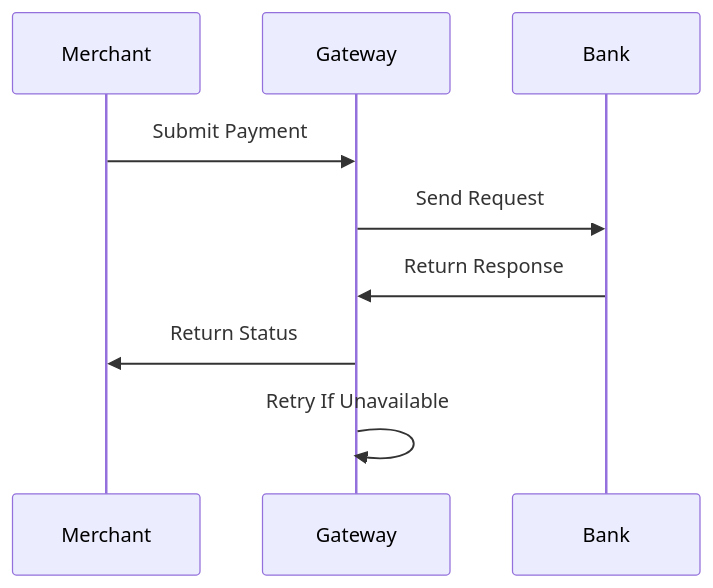
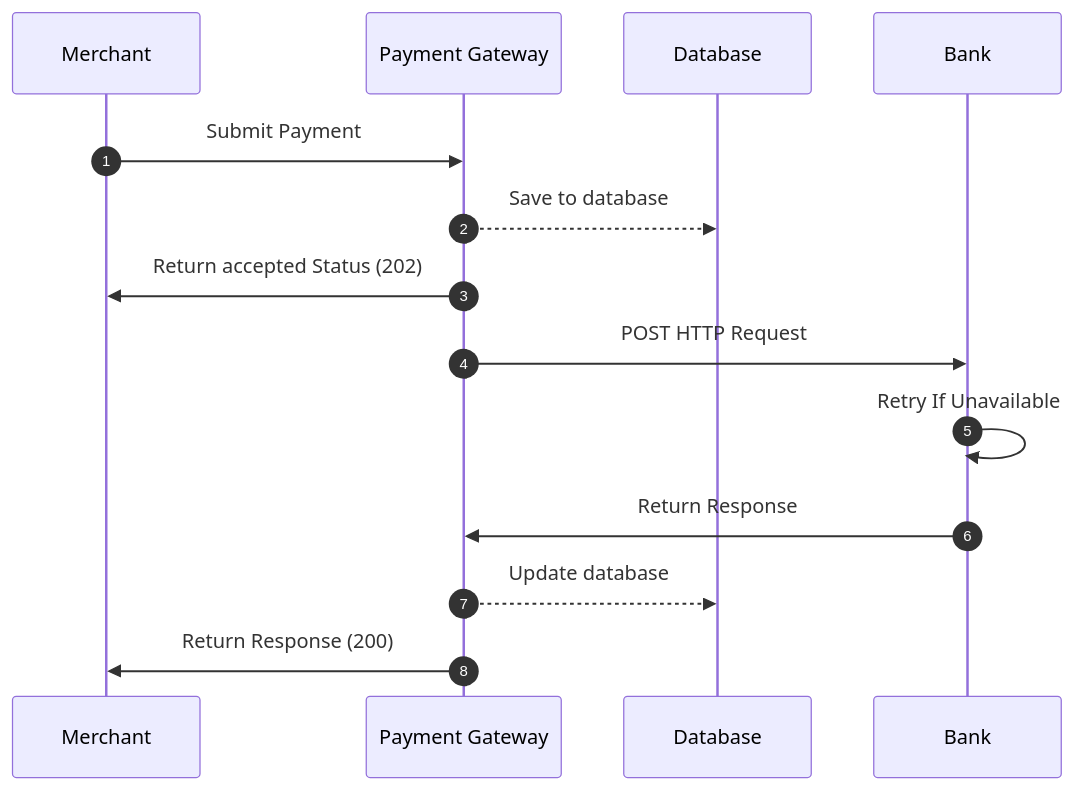
The first of 3 diagrams in Mermaid.md (samjones00/payment-gateway), drawn with Mermaid before and after one commit. The commit also changed other lines of this file and 20 other files, not shown here.

````diff
--- a/Mermaid.md
+++ b/Mermaid.md
@@ -3,11 +3,17 @@
 ```mermaid
 sequenceDiagram
+    autonumber
     participant Merchant
-    participant Gateway
+    participant PG as Payment Gateway 
+    participant DB as Database
     participant Bank
-    Merchant->>Gateway: Submit Payment
-    Gateway->>Bank: Send Request 
-    Bank->>Gateway: Return Response 
-    Gateway->>Merchant: Return Status
-    Gateway->>Gateway: Retry If Unavailable 
+    Merchant->>PG: Submit Payment
+    PG-->>DB: Save to database
+    PG->>Merchant: Return accepted  Status (202)
+
+    PG->>Bank: POST HTTP Request 
+    Bank->>Bank: Retry If Unavailable     
+    Bank->>PG: Return Response
+    PG-->>DB: Update database    
+    PG->>Merchant: Return Response (200)
 ```
````
